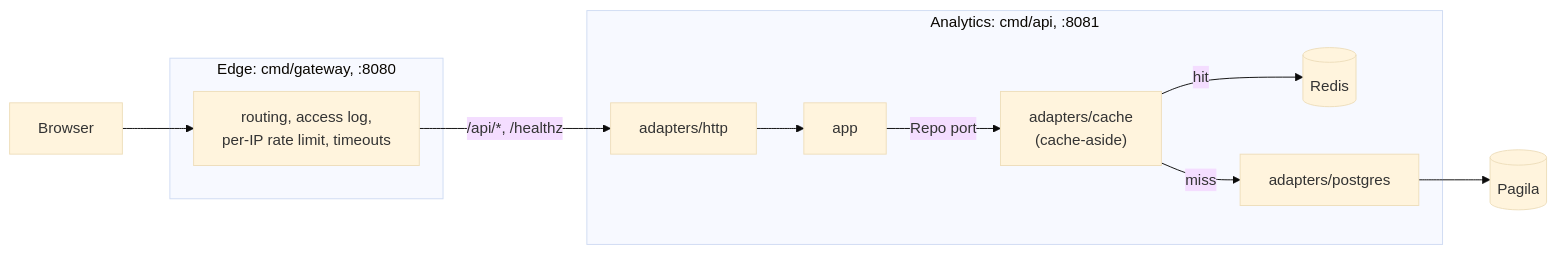
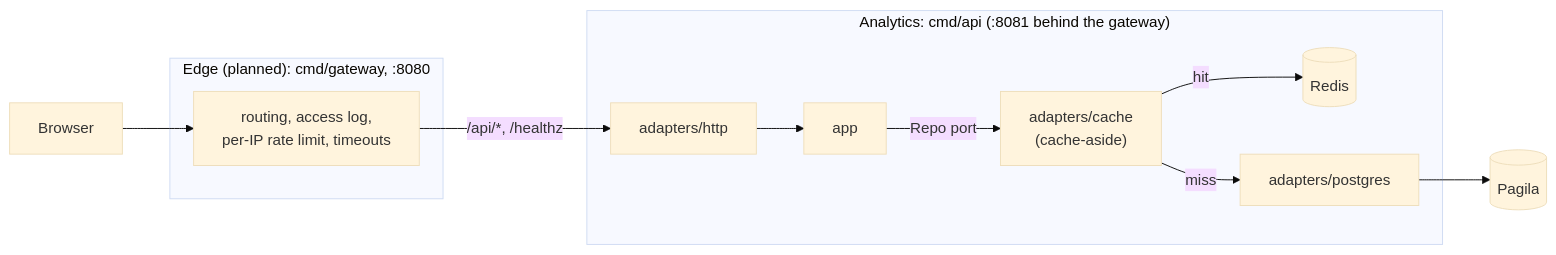
The eighth of 8 diagrams in README.md (SangNguyen2810/store-operation), drawn with Mermaid (base theme) before and after one commit. The commit also changed other lines of this file and 14 other files, not shown here.

````diff
--- a/README.md
+++ b/README.md
@@ -788,15 +849,15 @@
 ```mermaid
 flowchart LR
     Browser["Browser"] --> GW
-    subgraph edge [Edge: cmd/gateway, :8080]
+    subgraph edge ["Edge (planned): cmd/gateway, :8080"]
         GW["routing, access log,<br/>per-IP rate limit, timeouts"]
     end
     GW -->|"/api/*, /healthz"| API
-    subgraph svc [Analytics: cmd/api, :8081]
+    subgraph svc ["Analytics: cmd/api (:8081 behind the gateway)"]
         API["adapters/http"] --> APP["app"]
         APP -->|"Repo port"| CACHE["adapters/cache<br/>(cache-aside)"]
         CACHE -->|"hit"| REDIS[("Redis")]
         CACHE -->|"miss"| PG["adapters/postgres"]
     end
     PG --> DB[("Pagila")]
 ```
````
